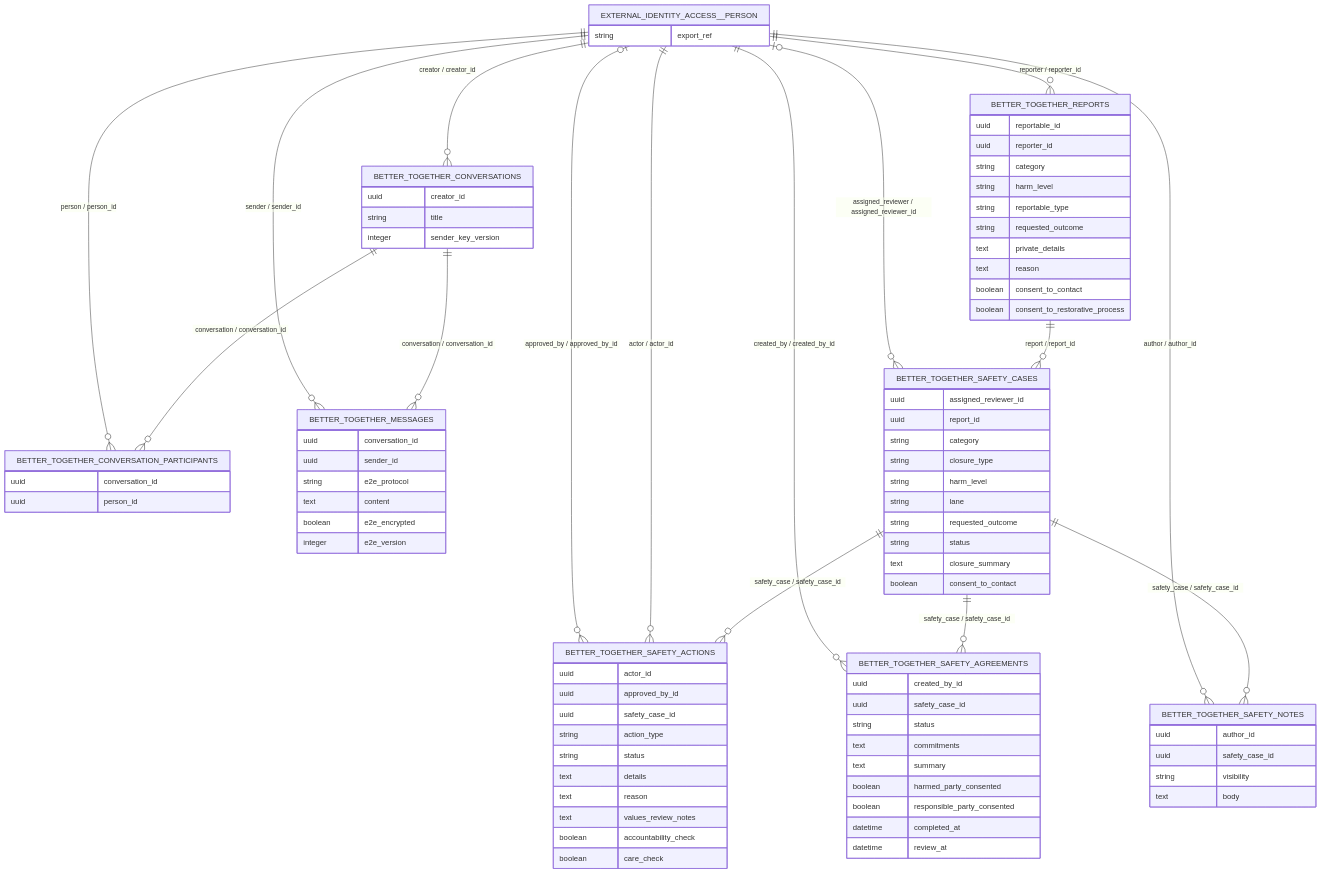
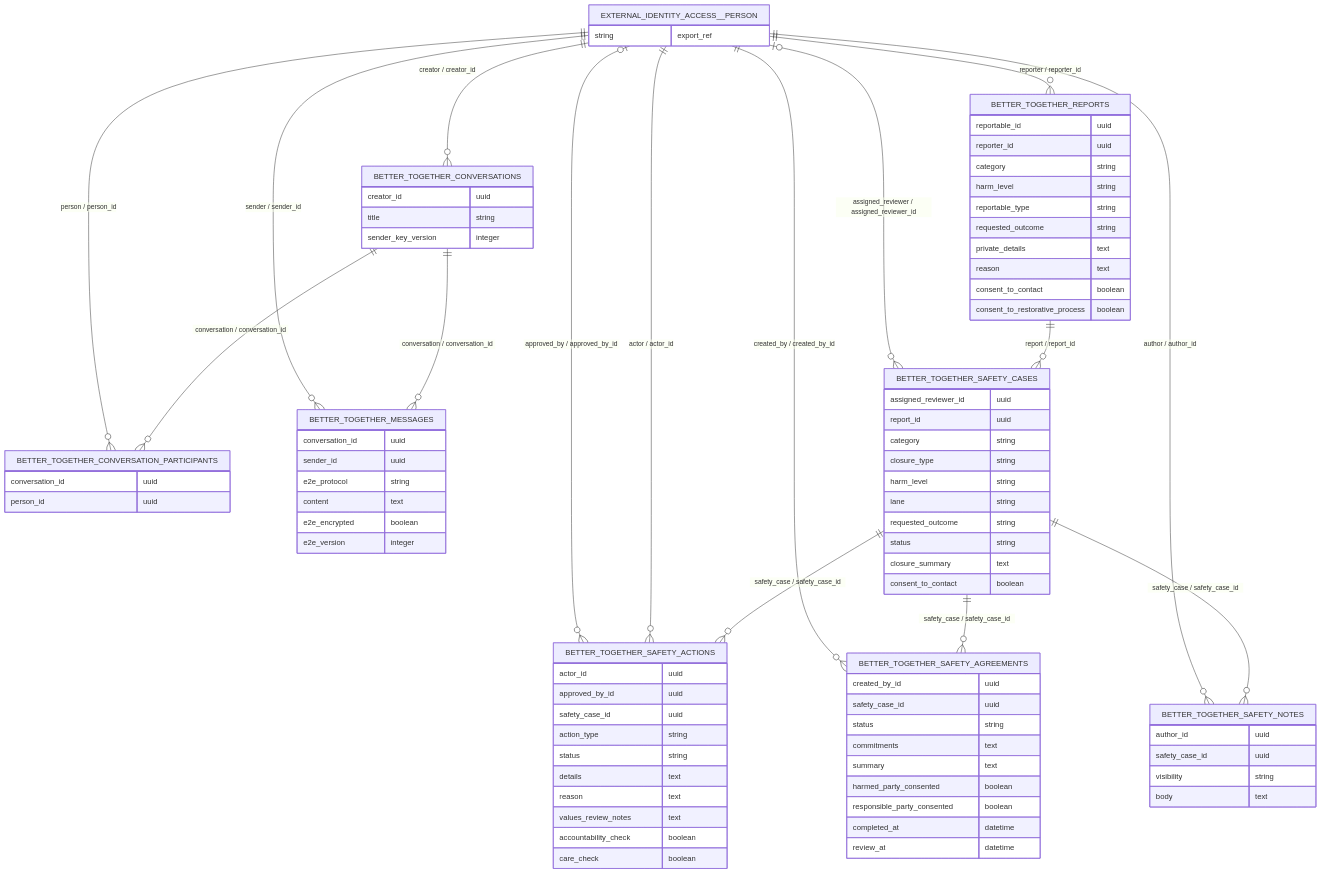
Before and after one commit to better-together-org/community-engine-rails: the diagram in docs/diagrams/source/ce_conversations_safety_schema_erd.mmd, drawn with Mermaid. The commit also changed 66 other files, not shown here.

Commit message:
docs(diagrams): simplify subsystem model maps

```diff
--- a/docs/diagrams/source/ce_conversations_safety_schema_erd.mmd
+++ b/docs/diagrams/source/ce_conversations_safety_schema_erd.mmd
@@ -1,99 +1,99 @@
 %% Generated by scripts/export_subsystem_diagrams.rb
 erDiagram
   EXTERNAL_IDENTITY_ACCESS__PERSON ||--o{ BETTER_TOGETHER_CONVERSATIONS : "creator / creator_id"
   BETTER_TOGETHER_CONVERSATIONS ||--o{ BETTER_TOGETHER_CONVERSATION_PARTICIPANTS : "conversation / conversation_id"
   EXTERNAL_IDENTITY_ACCESS__PERSON ||--o{ BETTER_TOGETHER_CONVERSATION_PARTICIPANTS : "person / person_id"
   BETTER_TOGETHER_CONVERSATIONS ||--o{ BETTER_TOGETHER_MESSAGES : "conversation / conversation_id"
   EXTERNAL_IDENTITY_ACCESS__PERSON ||--o{ BETTER_TOGETHER_MESSAGES : "sender / sender_id"
   EXTERNAL_IDENTITY_ACCESS__PERSON ||--o{ BETTER_TOGETHER_REPORTS : "reporter / reporter_id"
   BETTER_TOGETHER_SAFETY_CASES ||--o{ BETTER_TOGETHER_SAFETY_ACTIONS : "safety_case / safety_case_id"
   EXTERNAL_IDENTITY_ACCESS__PERSON ||--o{ BETTER_TOGETHER_SAFETY_ACTIONS : "actor / actor_id"
   EXTERNAL_IDENTITY_ACCESS__PERSON o|--o{ BETTER_TOGETHER_SAFETY_ACTIONS : "approved_by / approved_by_id"
   BETTER_TOGETHER_SAFETY_CASES ||--o{ BETTER_TOGETHER_SAFETY_AGREEMENTS : "safety_case / safety_case_id"
   EXTERNAL_IDENTITY_ACCESS__PERSON ||--o{ BETTER_TOGETHER_SAFETY_AGREEMENTS : "created_by / created_by_id"
   BETTER_TOGETHER_REPORTS ||--o{ BETTER_TOGETHER_SAFETY_CASES : "report / report_id"
   EXTERNAL_IDENTITY_ACCESS__PERSON o|--o{ BETTER_TOGETHER_SAFETY_CASES : "assigned_reviewer / assigned_reviewer_id"
   BETTER_TOGETHER_SAFETY_CASES ||--o{ BETTER_TOGETHER_SAFETY_NOTES : "safety_case / safety_case_id"
   EXTERNAL_IDENTITY_ACCESS__PERSON ||--o{ BETTER_TOGETHER_SAFETY_NOTES : "author / author_id"
 
   BETTER_TOGETHER_CONVERSATIONS {
-    uuid creator_id
-    string title
-    integer sender_key_version
+    creator_id uuid
+    title string
+    sender_key_version integer
   }
 
   BETTER_TOGETHER_CONVERSATION_PARTICIPANTS {
-    uuid conversation_id
-    uuid person_id
+    conversation_id uuid
+    person_id uuid
   }
 
   BETTER_TOGETHER_MESSAGES {
-    uuid conversation_id
-    uuid sender_id
-    string e2e_protocol
-    text content
-    boolean e2e_encrypted
-    integer e2e_version
+    conversation_id uuid
+    sender_id uuid
+    e2e_protocol string
+    content text
+    e2e_encrypted boolean
+    e2e_version integer
   }
 
   BETTER_TOGETHER_REPORTS {
-    uuid reportable_id
-    uuid reporter_id
-    string category
-    string harm_level
-    string reportable_type
-    string requested_outcome
-    text private_details
-    text reason
-    boolean consent_to_contact
-    boolean consent_to_restorative_process
+    reportable_id uuid
+    reporter_id uuid
+    category string
+    harm_level string
+    reportable_type string
+    requested_outcome string
+    private_details text
+    reason text
+    consent_to_contact boolean
+    consent_to_restorative_process boolean
   }
 
   BETTER_TOGETHER_SAFETY_ACTIONS {
-    uuid actor_id
-    uuid approved_by_id
-    uuid safety_case_id
-    string action_type
-    string status
-    text details
-    text reason
-    text values_review_notes
-    boolean accountability_check
-    boolean care_check
+    actor_id uuid
+    approved_by_id uuid
+    safety_case_id uuid
+    action_type string
+    status string
+    details text
+    reason text
+    values_review_notes text
+    accountability_check boolean
+    care_check boolean
   }
 
   BETTER_TOGETHER_SAFETY_AGREEMENTS {
-    uuid created_by_id
-    uuid safety_case_id
-    string status
-    text commitments
-    text summary
-    boolean harmed_party_consented
-    boolean responsible_party_consented
-    datetime completed_at
-    datetime review_at
+    created_by_id uuid
+    safety_case_id uuid
+    status string
+    commitments text
+    summary text
+    harmed_party_consented boolean
+    responsible_party_consented boolean
+    completed_at datetime
+    review_at datetime
   }
 
   BETTER_TOGETHER_SAFETY_CASES {
-    uuid assigned_reviewer_id
-    uuid report_id
-    string category
-    string closure_type
-    string harm_level
-    string lane
-    string requested_outcome
-    string status
-    text closure_summary
-    boolean consent_to_contact
+    assigned_reviewer_id uuid
+    report_id uuid
+    category string
+    closure_type string
+    harm_level string
+    lane string
+    requested_outcome string
+    status string
+    closure_summary text
+    consent_to_contact boolean
   }
 
   BETTER_TOGETHER_SAFETY_NOTES {
-    uuid author_id
-    uuid safety_case_id
-    string visibility
-    text body
+    author_id uuid
+    safety_case_id uuid
+    visibility string
+    body text
   }
 
   EXTERNAL_IDENTITY_ACCESS__PERSON {
     string export_ref
   }
```
